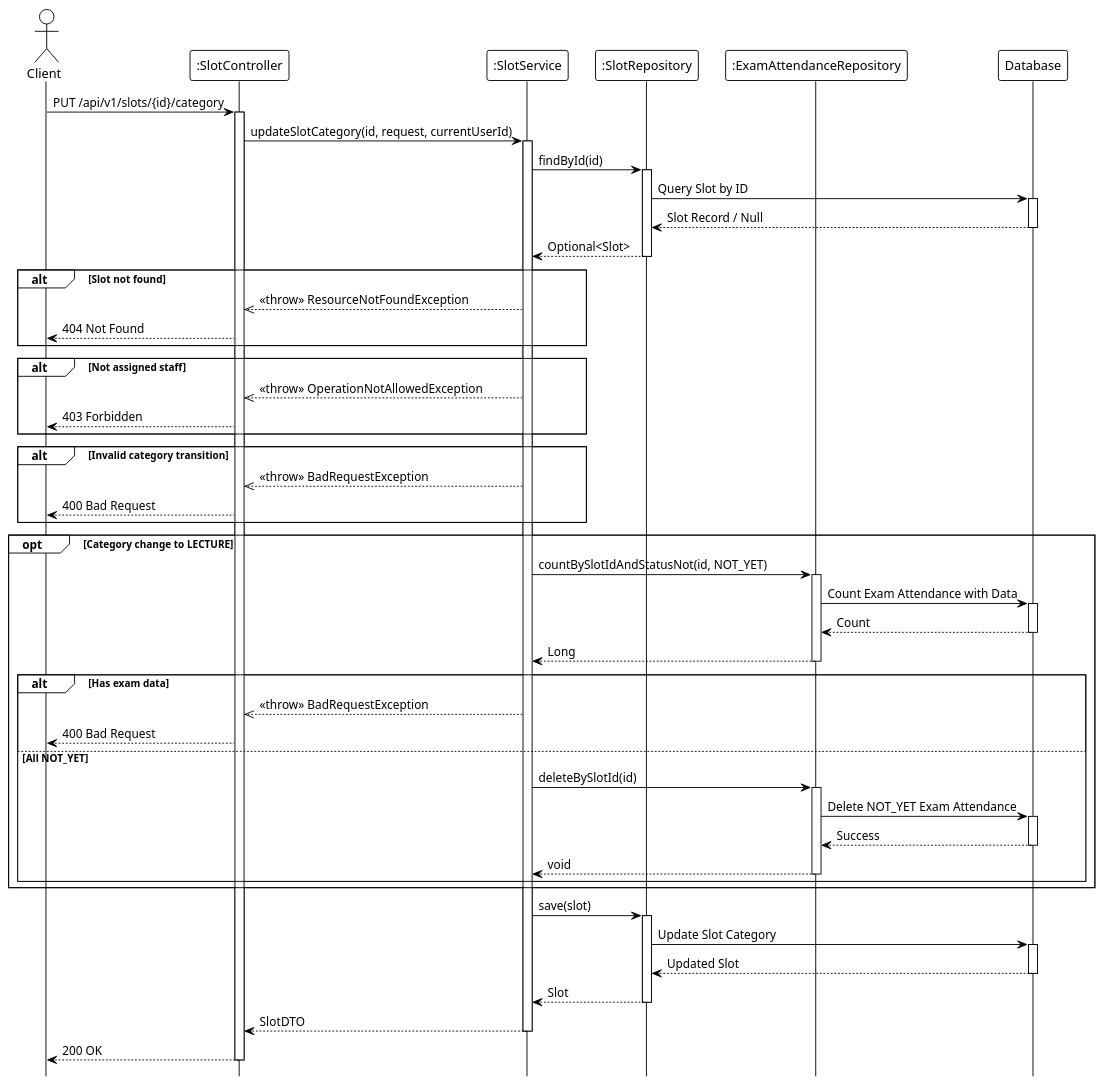
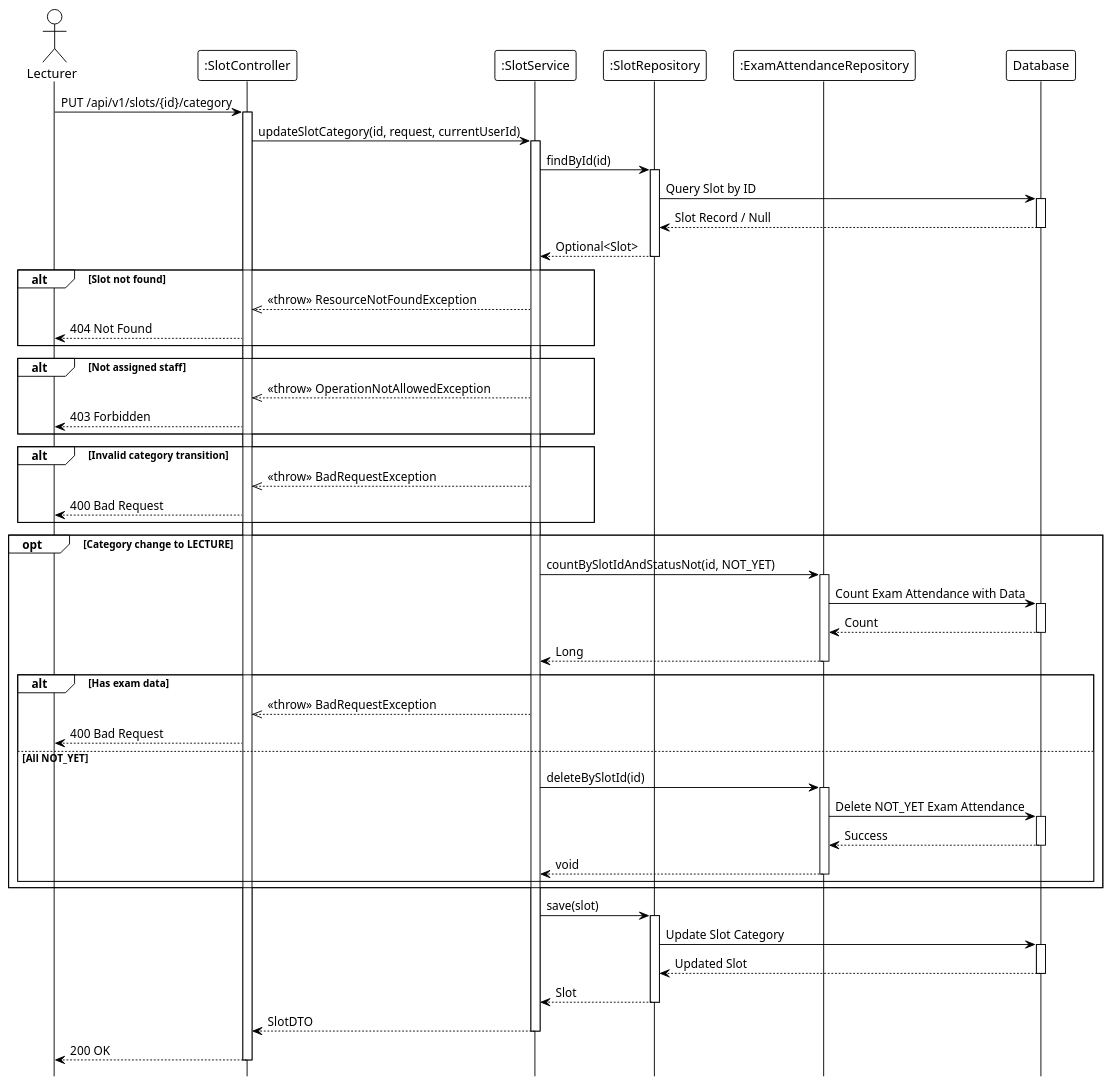
Before and after one commit to Ndh474/context: the diagram in system_detailed_design/70_update_slot_category/sequence_diagram_update_slot_category.puml, drawn with PlantUML. The commit also changed 4 other files, not shown here.

First line of the commit message:
refactor(diagrams): update actor from Client to Lecturer in sequence diagrams

```diff
--- a/system_detailed_design/70_update_slot_category/sequence_diagram_update_slot_category.puml
+++ b/system_detailed_design/70_update_slot_category/sequence_diagram_update_slot_category.puml
@@ -1,98 +1,98 @@
 @startuml update_slot_category
 !theme plain
 hide footbox
 
-actor Client
+actor Lecturer
 participant ":SlotController" as Controller
 participant ":SlotService" as Service
 participant ":SlotRepository" as SlotRepo
 participant ":ExamAttendanceRepository" as ExamRepo
 participant "Database" as DB
 
 ' --- MAIN FLOW ---
-Client -> Controller: PUT /api/v1/slots/{id}/category
+Lecturer -> Controller: PUT /api/v1/slots/{id}/category
 activate Controller
 
 Controller -> Service: updateSlotCategory(id, request, currentUserId)
 activate Service
 
 ' --- FIND EXISTING ---
 Service -> SlotRepo: findById(id)
 activate SlotRepo
 
 SlotRepo -> DB: Query Slot by ID
 activate DB
 DB --> SlotRepo: Slot Record / Null
 deactivate DB
 
 SlotRepo --> Service: Optional<Slot>
 deactivate SlotRepo
 
 alt Slot not found
     Service -->> Controller: <<throw>> ResourceNotFoundException
-    Controller --> Client: 404 Not Found
+    Controller --> Lecturer: 404 Not Found
 end
 
 ' --- CHECK AUTHORIZATION ---
 alt Not assigned staff
     Service -->> Controller: <<throw>> OperationNotAllowedException
-    Controller --> Client: 403 Forbidden
+    Controller --> Lecturer: 403 Forbidden
 end
 
 ' --- VALIDATE CATEGORY TRANSITION ---
 ' Validation logic (internal)
 
 alt Invalid category transition
     Service -->> Controller: <<throw>> BadRequestException
-    Controller --> Client: 400 Bad Request
+    Controller --> Lecturer: 400 Bad Request
 end
 
 ' --- CHECK EXAM DATA (if LECTURE_WITH_PT → LECTURE) ---
 opt Category change to LECTURE
     Service -> ExamRepo: countBySlotIdAndStatusNot(id, NOT_YET)
     activate ExamRepo
     
     ExamRepo -> DB: Count Exam Attendance with Data
     activate DB
     DB --> ExamRepo: Count
     deactivate DB
     
     ExamRepo --> Service: Long
     deactivate ExamRepo
     
     alt Has exam data
         Service -->> Controller: <<throw>> BadRequestException
-        Controller --> Client: 400 Bad Request
+        Controller --> Lecturer: 400 Bad Request
     else All NOT_YET
         Service -> ExamRepo: deleteBySlotId(id)
         activate ExamRepo
         
         ExamRepo -> DB: Delete NOT_YET Exam Attendance
         activate DB
         DB --> ExamRepo: Success
         deactivate DB
         
         ExamRepo --> Service: void
         deactivate ExamRepo
     end
 end
 
 ' --- UPDATE ---
 Service -> SlotRepo: save(slot)
 activate SlotRepo
 
 SlotRepo -> DB: Update Slot Category
 activate DB
 DB --> SlotRepo: Updated Slot
 deactivate DB
 
 SlotRepo --> Service: Slot
 deactivate SlotRepo
 
 Service --> Controller: SlotDTO
 deactivate Service
 
-Controller --> Client: 200 OK
+Controller --> Lecturer: 200 OK
 deactivate Controller
 
 @enduml
```
